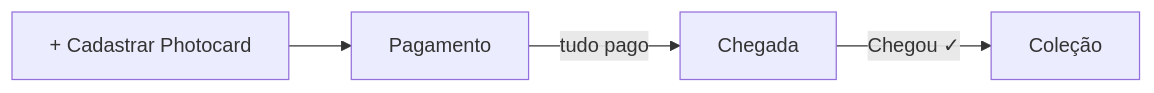
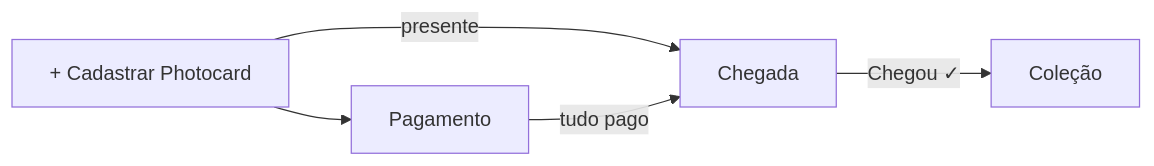
The diagram in README.md (renokkj/pop-collection), drawn with Mermaid before and after one commit. The commit also changed other lines of this file and 10 other files, not shown here.

````diff
--- a/README.md
+++ b/README.md
@@ -45,6 +48,7 @@
 ```mermaid
 flowchart LR
     A[+ Cadastrar Photocard] --> B[Pagamento]
+    A -->|presente| C
     B -->|tudo pago| C[Chegada]
     C -->|Chegou ✓| D[Coleção]
 ```
````
